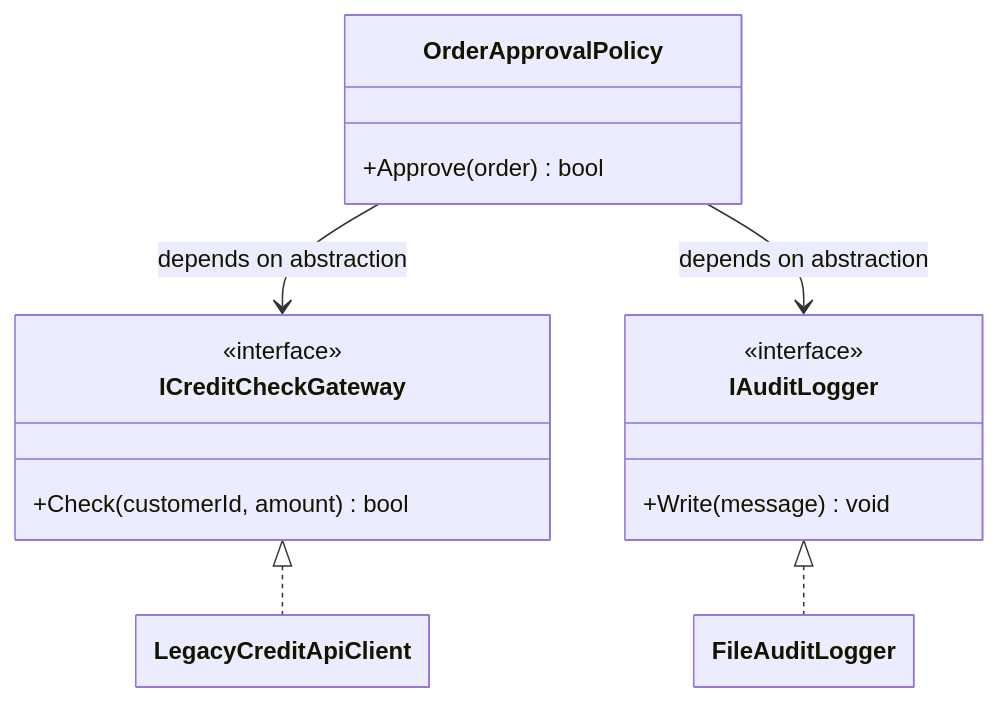
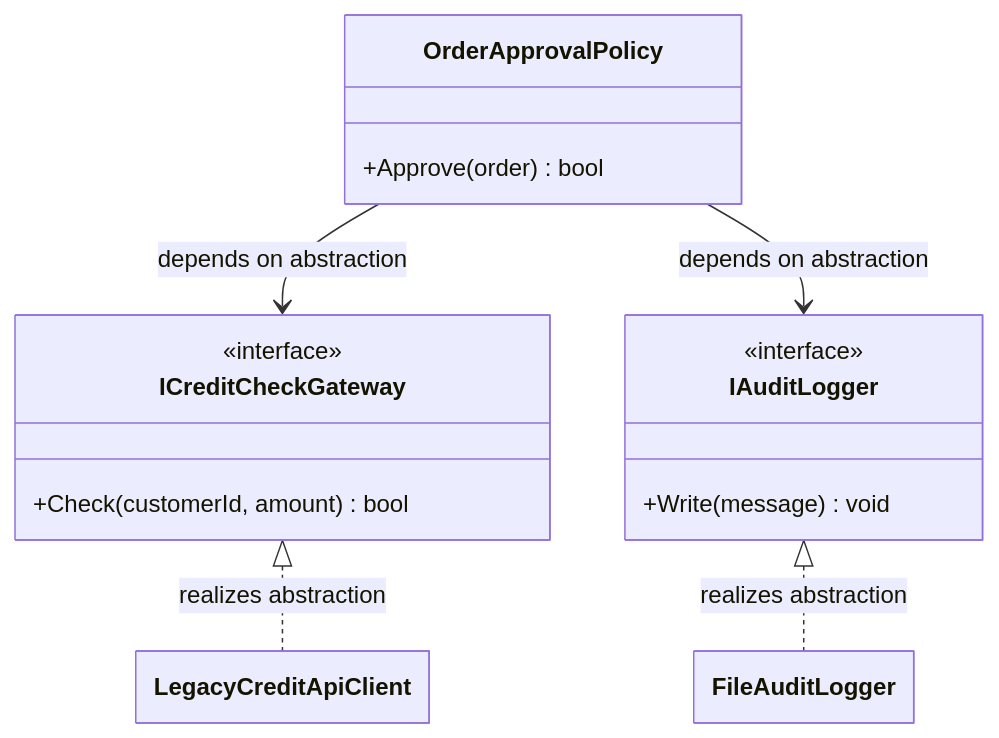
Before and after one commit to jeff-adkisson/swe-4743-spring-2026-oo-design: the sixth of 7 diagrams in presentations/09-dependency-inversion-principle.md, drawn with Mermaid. The commit also changed other lines of this file, not shown here.

````diff
--- a/presentations/09-dependency-inversion-principle.md
+++ b/presentations/09-dependency-inversion-principle.md
@@ -335,28 +339,28 @@
 ```mermaid
 ---
   config:
     class:
       hideEmptyMembersBox: true
 ---
 classDiagram
 direction TB
 
 class ICreditCheckGateway {
   <<interface>>
   +Check(customerId, amount) bool
 }
 class IAuditLogger {
   <<interface>>
   +Write(message) void
 }
 class OrderApprovalPolicy {
   +Approve(order) bool
 }
 class LegacyCreditApiClient
 class FileAuditLogger
 
 OrderApprovalPolicy --> ICreditCheckGateway : depends on abstraction
 OrderApprovalPolicy --> IAuditLogger : depends on abstraction
-ICreditCheckGateway <|.. LegacyCreditApiClient
-IAuditLogger <|.. FileAuditLogger
+ICreditCheckGateway <|.. LegacyCreditApiClient : realizes abstraction
+IAuditLogger <|.. FileAuditLogger : realizes abstraction
 ```
````
